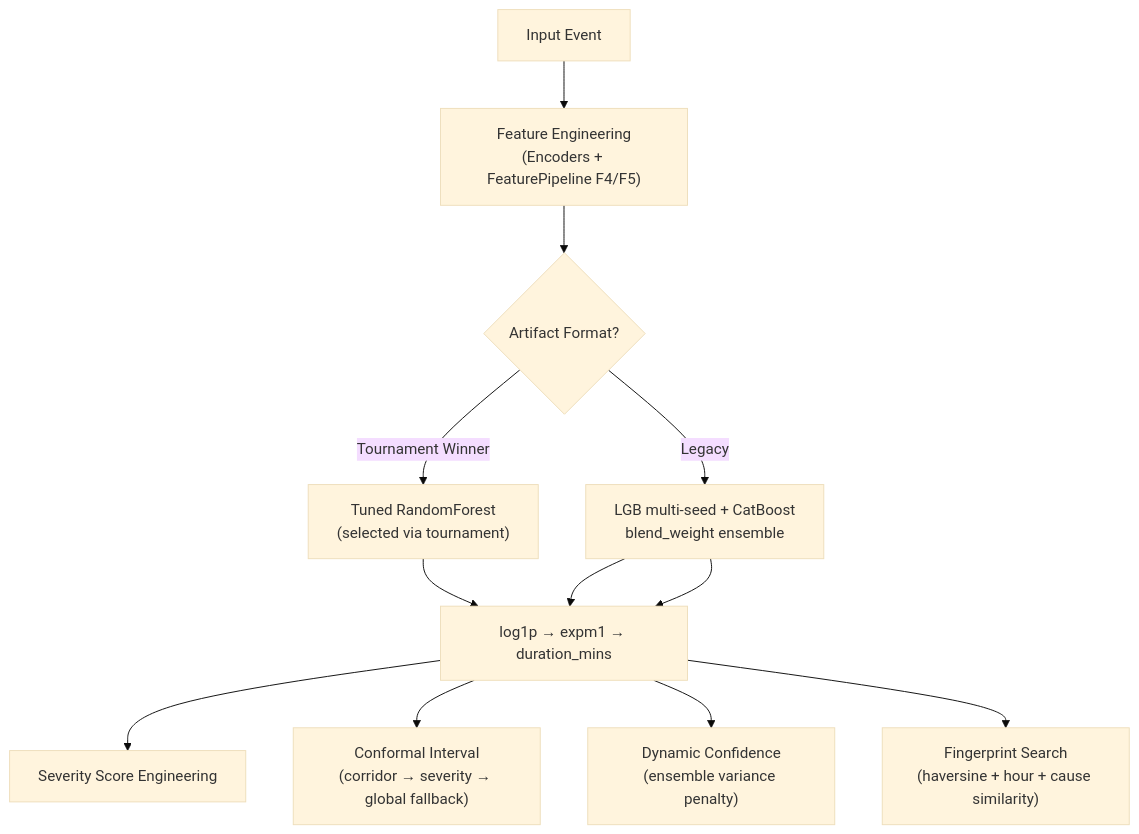
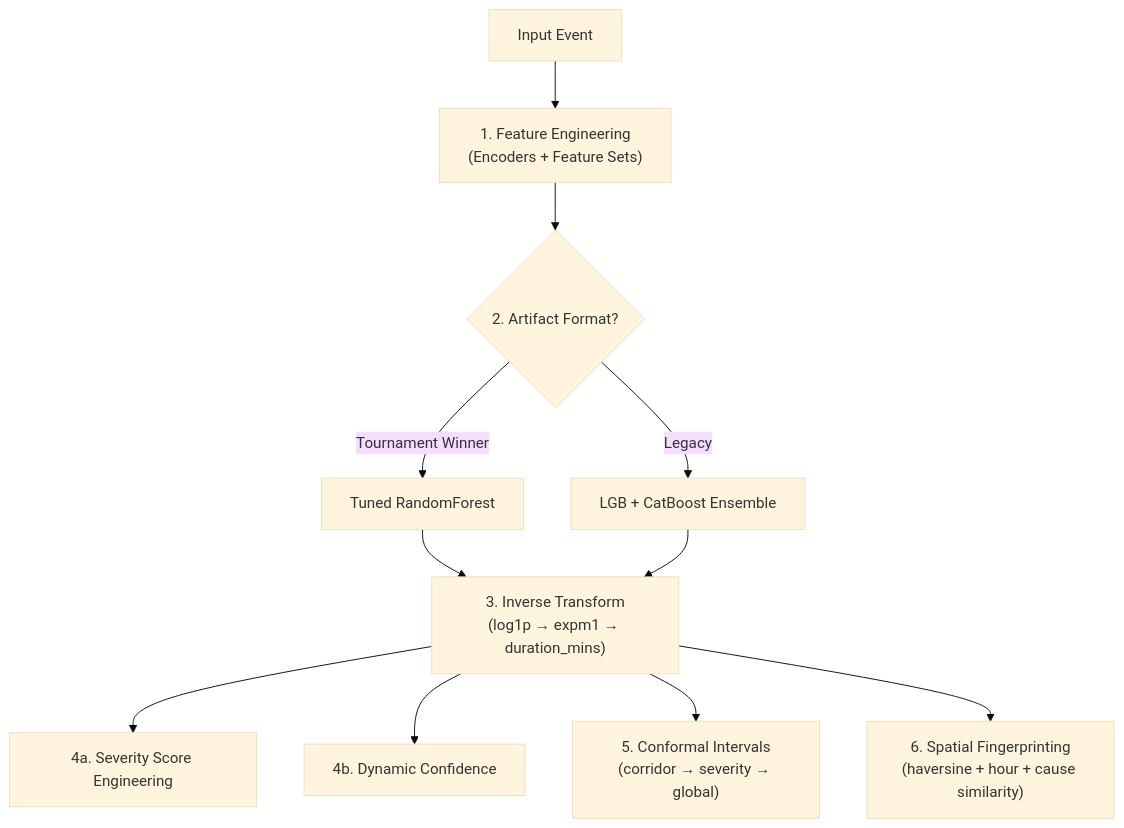
The third of 8 diagrams in README.md (veeddduuuu/gridlock_prototype), drawn with Mermaid (base theme) before and after one commit. The commit also changed other lines of this file, not shown here.

Commit message:
docs: update ML pipeline architecture diagram and refactor descriptive text into a structured summary table

````diff
--- a/README.md
+++ b/README.md
@@ -249,15 +249,14 @@
 ```mermaid
 
 graph TD
-    A["Input Event"] --> B["Feature Engineering<br/>(Encoders + FeaturePipeline F4/F5)"]
-    B --> C{"Artifact Format?"}
-    C -- "Tournament Winner" --> D["Tuned RandomForest<br/>(selected via tournament)"]
-    C -- "Legacy" --> E["LGB multi-seed + CatBoost<br/>blend_weight ensemble"]
-    D --> I["log1p → expm1 → duration_mins"]
+    A["Input Event"] --> B["1. Feature Engineering<br/>(Encoders + Feature Sets)"]
+    B --> C{"2. Artifact Format?"}
+    C -- "Tournament Winner" --> D["Tuned RandomForest"]
+    C -- "Legacy" --> E["LGB + CatBoost Ensemble"]
+    D --> I["3. Inverse Transform<br/>(log1p → expm1 → duration_mins)"]
     E --> I
-    E --> I
-    I --> J["Severity Score Engineering"]
-    I --> K["Conformal Interval<br/>(corridor → severity → global fallback)"]
-    I --> L["Dynamic Confidence<br/>(ensemble variance penalty)"]
-    I --> M["Fingerprint Search<br/>(haversine + hour + cause similarity)"]
+    I --> J["4a. Severity Score Engineering"]
+    I --> L["4b. Dynamic Confidence"]
+    I --> K["5. Conformal Intervals<br/>(corridor → severity → global)"]
+    I --> M["6. Spatial Fingerprinting<br/>(haversine + hour + cause similarity)"]
 ```
````
